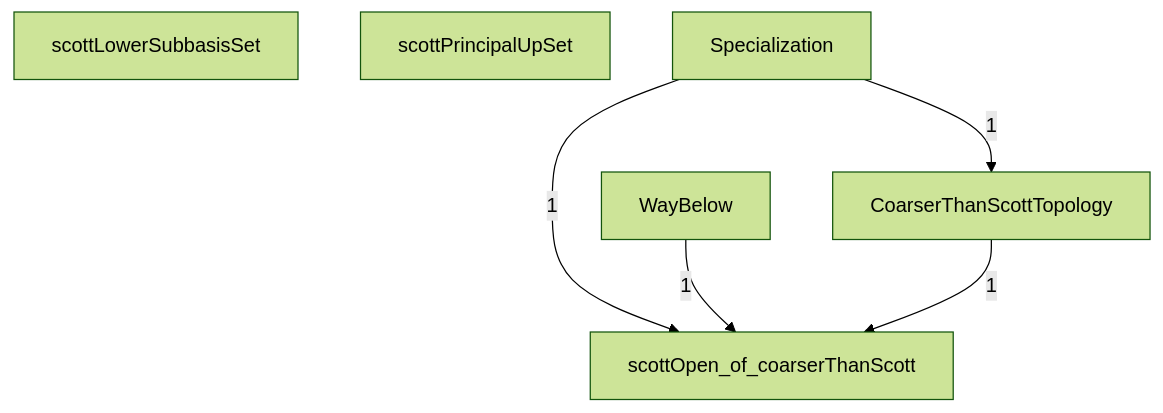
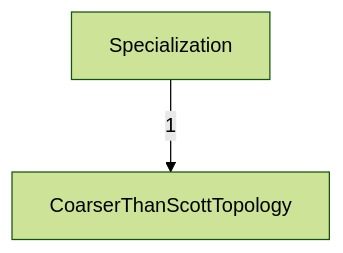
Before and after one commit to catskillsresearch/DomainTheory: the diagram in DomainTheory/ContinuousLattice/MilnerCorrection/MilnerCorrection.mermaid, drawn with Mermaid (forest theme). The commit also changed 28 other files, not shown here.

```diff
--- a/DomainTheory/ContinuousLattice/MilnerCorrection/MilnerCorrection.mermaid
+++ b/DomainTheory/ContinuousLattice/MilnerCorrection/MilnerCorrection.mermaid
@@ -1,19 +1,12 @@
 %% Inside MilnerCorrection. A box is one Lean file in this folder, or one subfolder.
 %% A box named as another folder is that whole folder. A box named as another chapter is that whole chapter.
 %% The arrowhead points at the file or folder that imports. The label is how many direct imports.
 flowchart TB
 
   N2["CoarserThanScottTopology"]
-  N3["scottLowerSubbasisSet"]
-  N4["scottOpen_of_coarserThanScott"]
-  N5["scottPrincipalUpSet"]
   N0["Specialization"]
-  N1["WayBelow"]
 
   N0 -->|"1"| N2
-  N0 -->|"1"| N4
-  N1 -->|"1"| N4
-  N2 -->|"1"| N4
 
   classDef file fill:#dbeafe,stroke:#1d4ed8,color:#1e3a8a
   classDef ext fill:#f3f4f6,stroke:#374151,color:#111827
```
